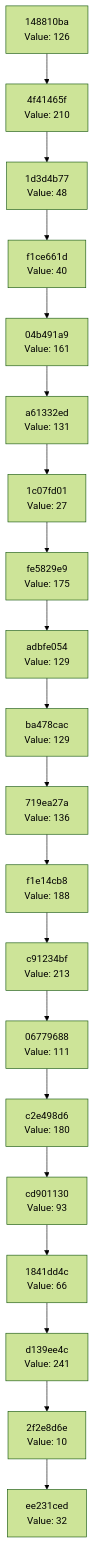
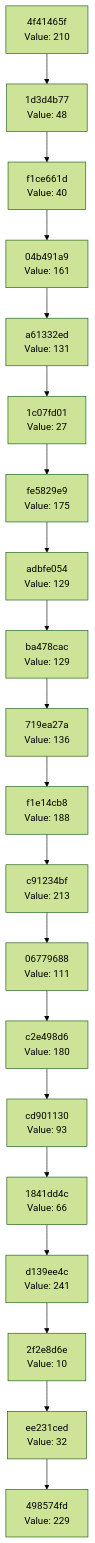
Before and after one commit to Abhisheksinha1506/hash-chain-evolver: the diagram in docs/CHAIN_VISUALIZATION.md, drawn with Mermaid (forest theme). The commit also changed 2 other files, not shown here.

Commit message:
Evolution Step

````diff
--- a/docs/CHAIN_VISUALIZATION.md
+++ b/docs/CHAIN_VISUALIZATION.md
@@ -3,42 +3,42 @@
 ```mermaid
 graph TD
-    C0["ee231ced<br/>Value: 32"]
-    C1["2f2e8d6e<br/>Value: 10"]
+    C0["498574fd<br/>Value: 229"]
+    C1["ee231ced<br/>Value: 32"]
     C1 --> C0
-    C2["d139ee4c<br/>Value: 241"]
+    C2["2f2e8d6e<br/>Value: 10"]
     C2 --> C1
-    C3["1841dd4c<br/>Value: 66"]
+    C3["d139ee4c<br/>Value: 241"]
     C3 --> C2
-    C4["cd901130<br/>Value: 93"]
+    C4["1841dd4c<br/>Value: 66"]
     C4 --> C3
-    C5["c2e498d6<br/>Value: 180"]
+    C5["cd901130<br/>Value: 93"]
     C5 --> C4
-    C6["06779688<br/>Value: 111"]
+    C6["c2e498d6<br/>Value: 180"]
     C6 --> C5
-    C7["c91234bf<br/>Value: 213"]
+    C7["06779688<br/>Value: 111"]
     C7 --> C6
-    C8["f1e14cb8<br/>Value: 188"]
+    C8["c91234bf<br/>Value: 213"]
     C8 --> C7
-    C9["719ea27a<br/>Value: 136"]
+    C9["f1e14cb8<br/>Value: 188"]
     C9 --> C8
-    C10["ba478cac<br/>Value: 129"]
+    C10["719ea27a<br/>Value: 136"]
     C10 --> C9
-    C11["adbfe054<br/>Value: 129"]
+    C11["ba478cac<br/>Value: 129"]
     C11 --> C10
-    C12["fe5829e9<br/>Value: 175"]
+    C12["adbfe054<br/>Value: 129"]
     C12 --> C11
-    C13["1c07fd01<br/>Value: 27"]
+    C13["fe5829e9<br/>Value: 175"]
     C13 --> C12
-    C14["a61332ed<br/>Value: 131"]
+    C14["1c07fd01<br/>Value: 27"]
     C14 --> C13
-    C15["04b491a9<br/>Value: 161"]
+    C15["a61332ed<br/>Value: 131"]
     C15 --> C14
-    C16["f1ce661d<br/>Value: 40"]
+    C16["04b491a9<br/>Value: 161"]
     C16 --> C15
-    C17["1d3d4b77<br/>Value: 48"]
+    C17["f1ce661d<br/>Value: 40"]
     C17 --> C16
-    C18["4f41465f<br/>Value: 210"]
+    C18["1d3d4b77<br/>Value: 48"]
     C18 --> C17
-    C19["148810ba<br/>Value: 126"]
+    C19["4f41465f<br/>Value: 210"]
     C19 --> C18
 ```
````
